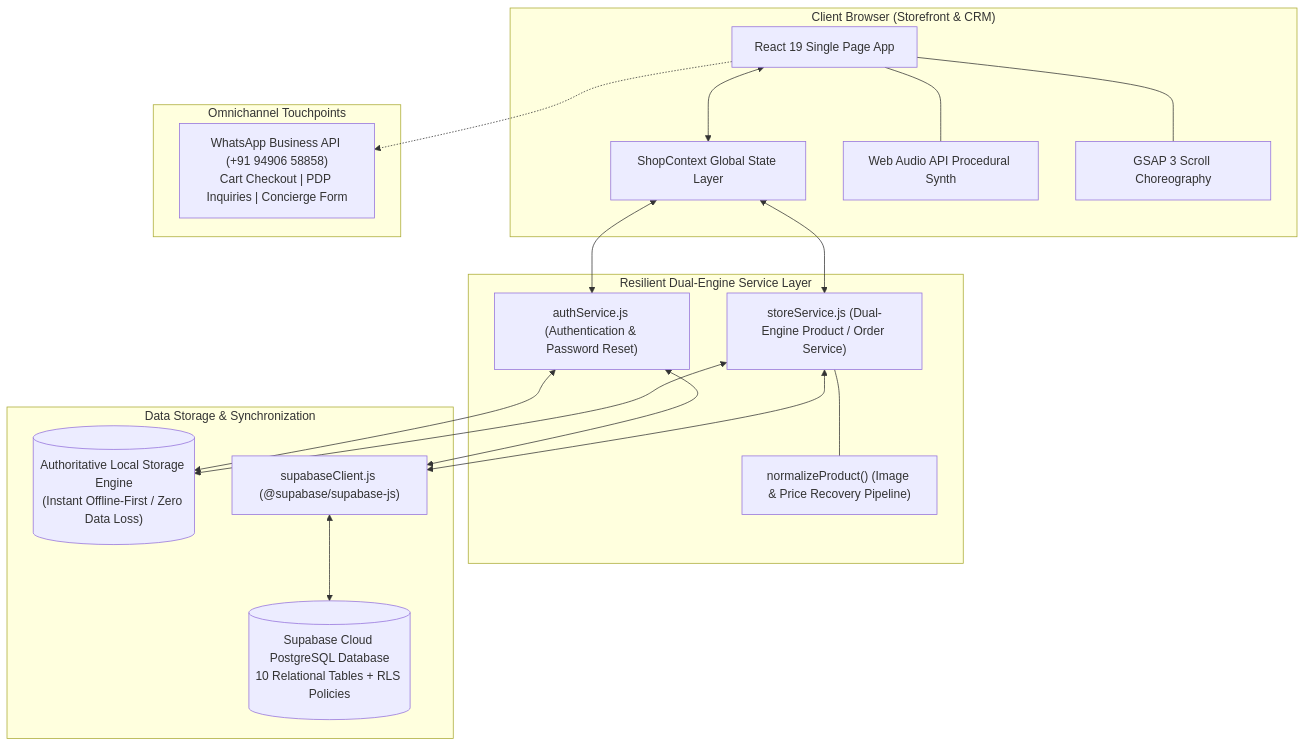
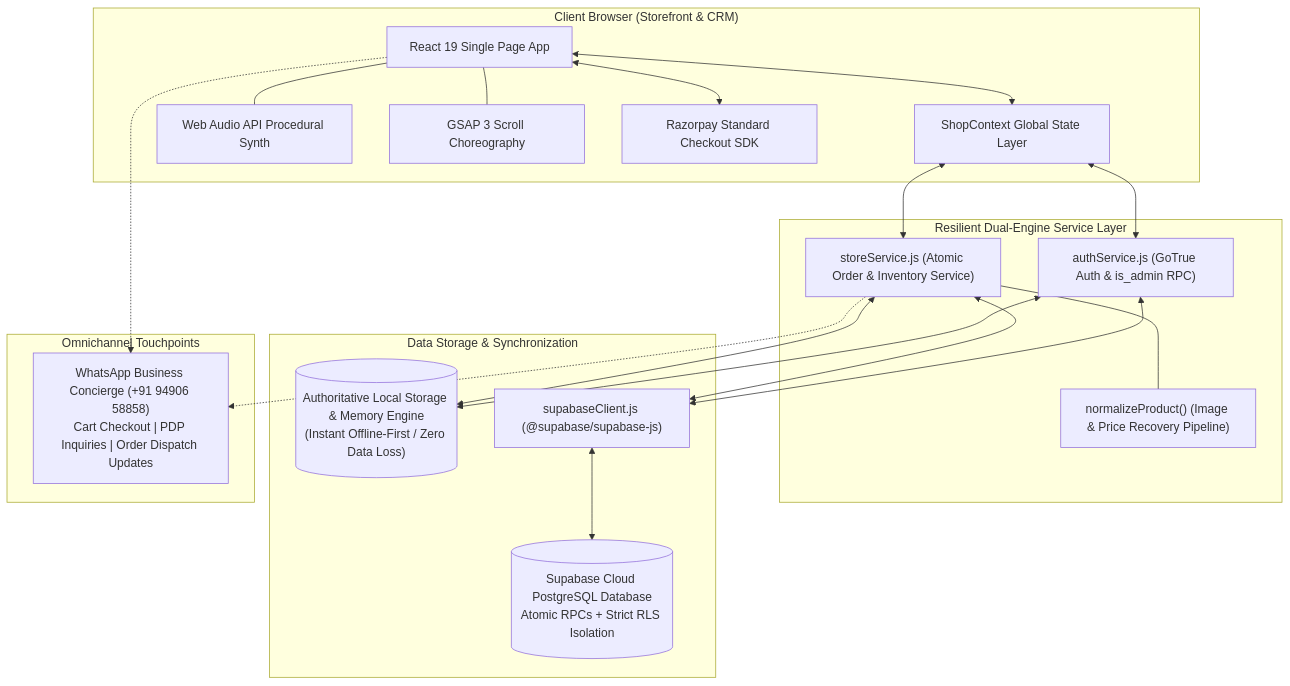
Before and after one commit to varunthej-8630/rodhe: the first of 3 diagrams in README.md, drawn with Mermaid. The commit also changed other lines of this file and 12 other files, not shown here.

Commit message:
feat(commerce): Finalize WhatsApp concierge checkout, remove payment gateways, patch SQL RLS bypass, and implement technical SEO

````diff
--- a/README.md
+++ b/README.md
@@ -95,40 +105,43 @@
 ```mermaid
 flowchart TD
     subgraph Client ["Client Browser (Storefront & CRM)"]
         UI["React 19 Single Page App"]
         Ctx["ShopContext Global State Layer"]
         Audio["Web Audio API Procedural Synth"]
         GSAP["GSAP 3 Scroll Choreography"]
+        RZP["Razorpay Standard Checkout SDK"]
         
         UI <--> Ctx
         UI --- Audio
         UI --- GSAP
+        UI <--> RZP
     end
 
     subgraph ServiceLayer ["Resilient Dual-Engine Service Layer"]
-        StoreSvc["storeService.js (Dual-Engine Product / Order Service)"]
-        AuthSvc["authService.js (Authentication & Password Reset)"]
+        StoreSvc["storeService.js (Atomic Order & Inventory Service)"]
+        AuthSvc["authService.js (GoTrue Auth & is_admin RPC)"]
         Normalizer["normalizeProduct() (Image & Price Recovery Pipeline)"]
         
         Ctx <--> StoreSvc
         Ctx <--> AuthSvc
         StoreSvc --- Normalizer
     end
 
     subgraph DataStorage ["Data Storage & Synchronization"]
-        LocalStore[("Authoritative Local Storage Engine\n(Instant Offline-First / Zero Data Loss)")]
+        LocalStore[("Authoritative Local Storage & Memory Engine\n(Instant Offline-First / Zero Data Loss)")]
         SupabaseClient["supabaseClient.js (@supabase/supabase-js)"]
-        CloudDB[("Supabase Cloud PostgreSQL Database\n10 Relational Tables + RLS Policies")]
+        CloudDB[("Supabase Cloud PostgreSQL Database\nAtomic RPCs + Strict RLS Isolation")]
         
         StoreSvc <--> LocalStore
         AuthSvc <--> LocalStore
         StoreSvc <--> SupabaseClient
         AuthSvc <--> SupabaseClient
         SupabaseClient <--> CloudDB
     end
 
     subgraph ExternalChannels ["Omnichannel Touchpoints"]
-        WA["WhatsApp Business API (+91 94906 58858)\nCart Checkout | PDP Inquiries | Concierge Form"]
+        WA["WhatsApp Business Concierge (+91 94906 58858)\nCart Checkout | PDP Inquiries | Order Dispatch Updates"]
         UI -.-> WA
+        StoreSvc -.-> WA
     end
 ```
````
